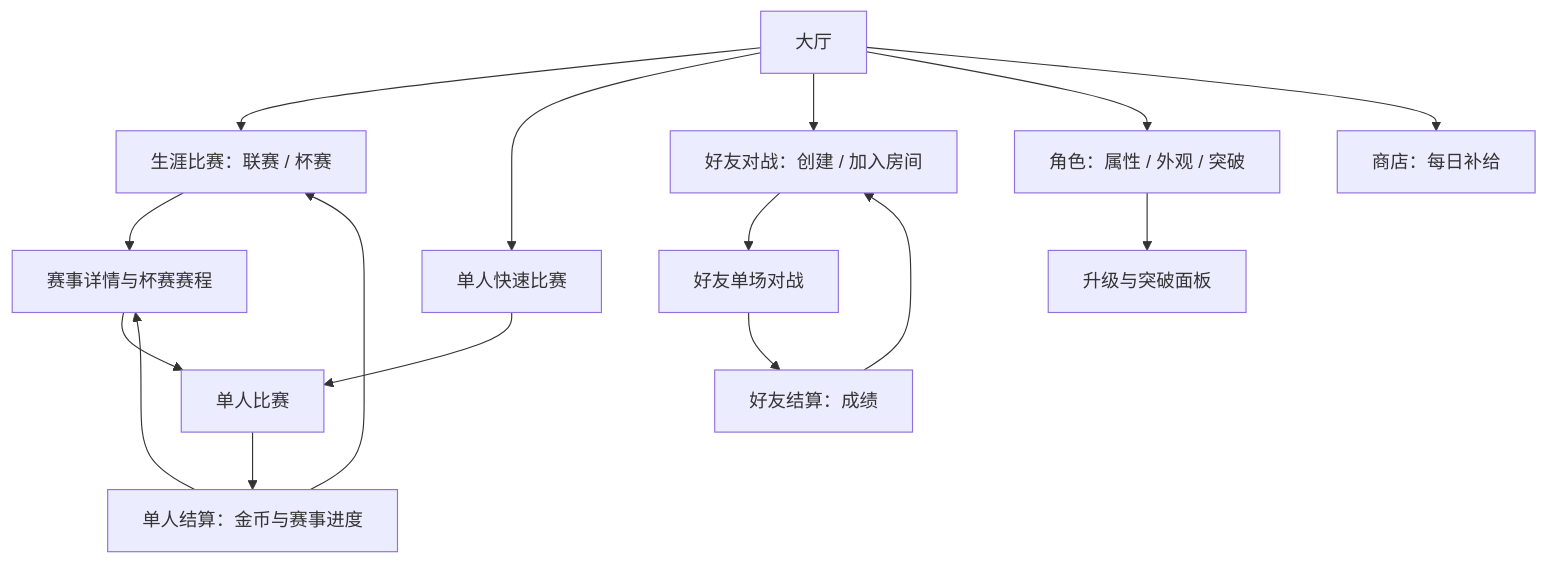
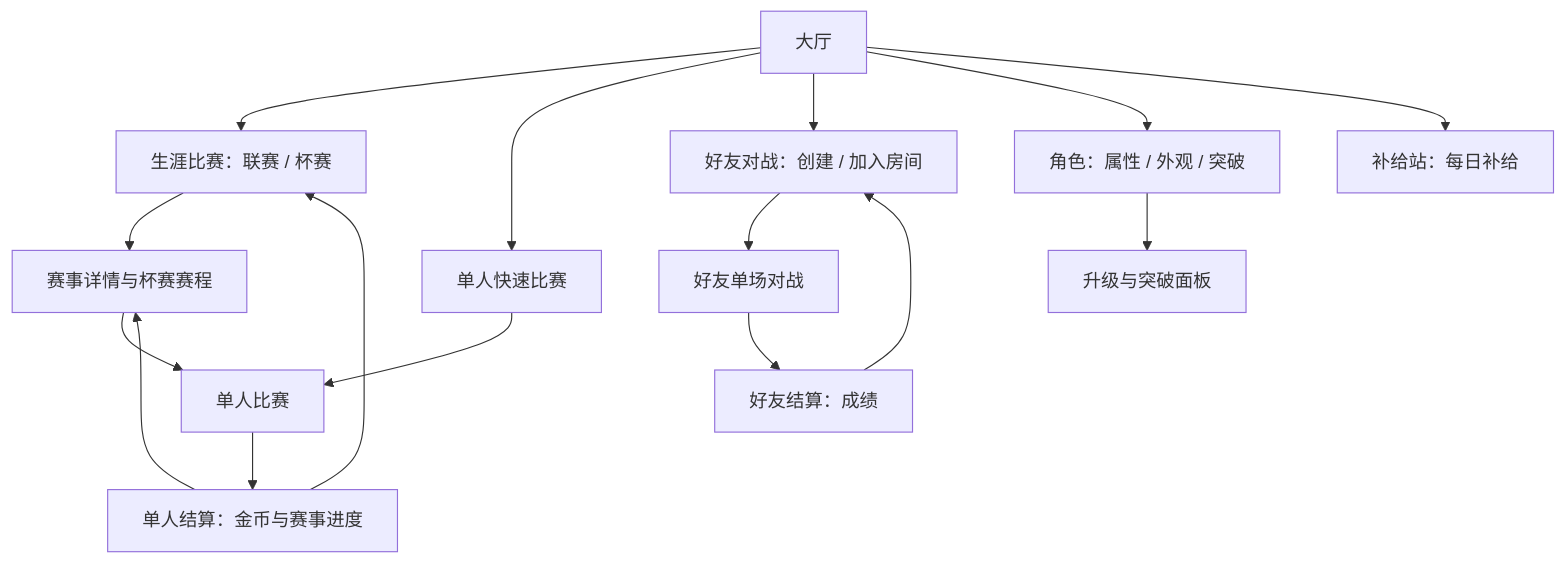
The diagram in docs/大厅与赛事二级界面设计.zh.md (memoryChain/swimming), drawn with Mermaid before and after one commit. The commit also changed other lines of this file and 45 other files, not shown here.

````diff
--- a/docs/大厅与赛事二级界面设计.zh.md
+++ b/docs/大厅与赛事二级界面设计.zh.md
@@ -21,18 +21,18 @@
 ```mermaid
 flowchart TD
     A[大厅] --> B[生涯比赛：联赛 / 杯赛]
     A --> C[单人快速比赛]
     A --> D[好友对战：创建 / 加入房间]
     A --> E[角色：属性 / 外观 / 突破]
-    A --> M[商店：每日补给]
+    A --> M[补给站：每日补给]
     B --> F[赛事详情与杯赛赛程]
     F --> G[单人比赛]
     C --> G
     E --> I[升级与突破面板]
     D --> J[好友单场对战]
     G --> K[单人结算：金币与赛事进度]
     K --> F
     K --> B
     J --> L[好友结算：成绩]
     L --> D
 ```
````
